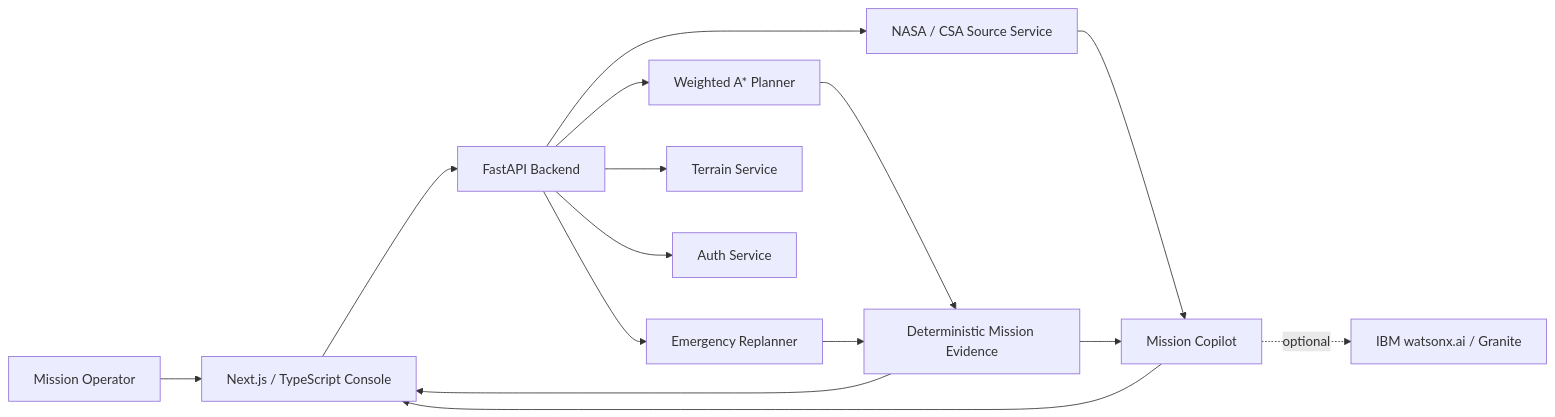
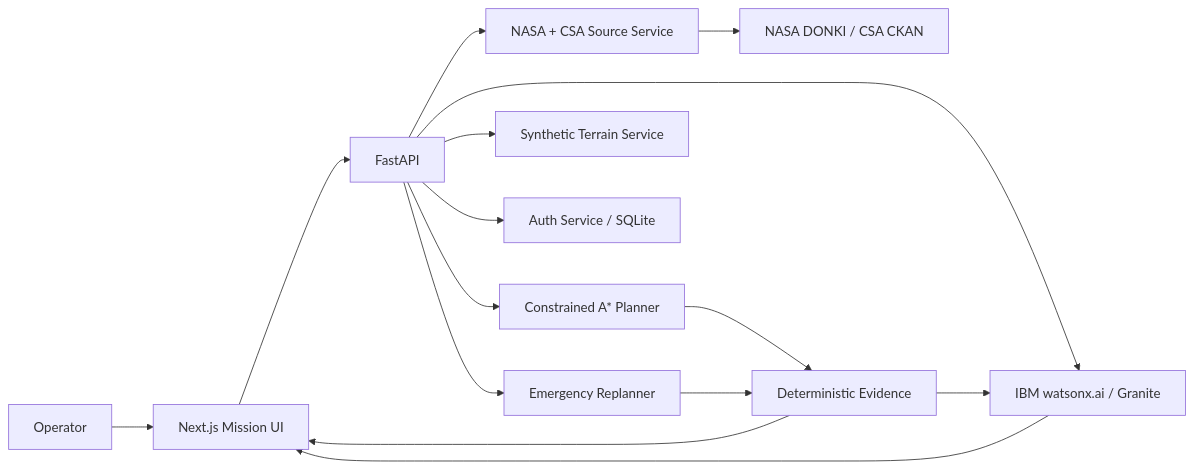
Before and after one commit to asma675/LunaGaurd: the diagram in README.md, drawn with Mermaid. The commit also changed other lines of this file and 98 other files, not shown here.

````diff
--- a/README.md
+++ b/README.md
@@ -89,17 +182,17 @@
 ```mermaid
 graph LR
-  U[Mission Operator] --> UI[Next.js / TypeScript Console]
-  UI --> API[FastAPI Backend]
-  API --> P[Weighted A* Planner]
-  API --> E[Emergency Replanner]
-  API --> T[Terrain Service]
-  API --> S[NASA / CSA Source Service]
-  API --> A[Auth Service]
-  P --> D[Deterministic Mission Evidence]
-  E --> D
-  D --> UI
-  S --> C[Mission Copilot]
-  D --> C
-  C -. optional .-> W[IBM watsonx.ai / Granite]
-  C --> UI
+  U[Operator] --> N[Next.js Mission UI]
+  N --> F[FastAPI]
+  F --> P[Constrained A* Planner]
+  F --> E[Emergency Replanner]
+  F --> T[Synthetic Terrain Service]
+  F --> A[Auth Service / SQLite]
+  F --> S[NASA + CSA Source Service]
+  S --> D[NASA DONKI / CSA CKAN]
+  F --> W[IBM watsonx.ai / Granite]
+  P --> X[Deterministic Evidence]
+  E --> X
+  X --> N
+  X --> W
+  W --> N
 ```
````
